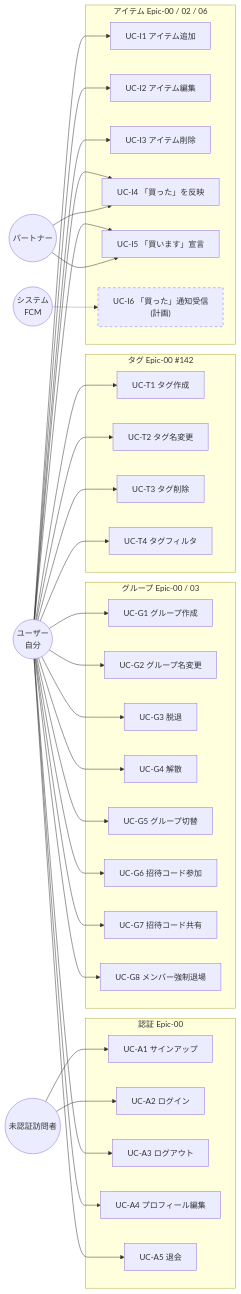
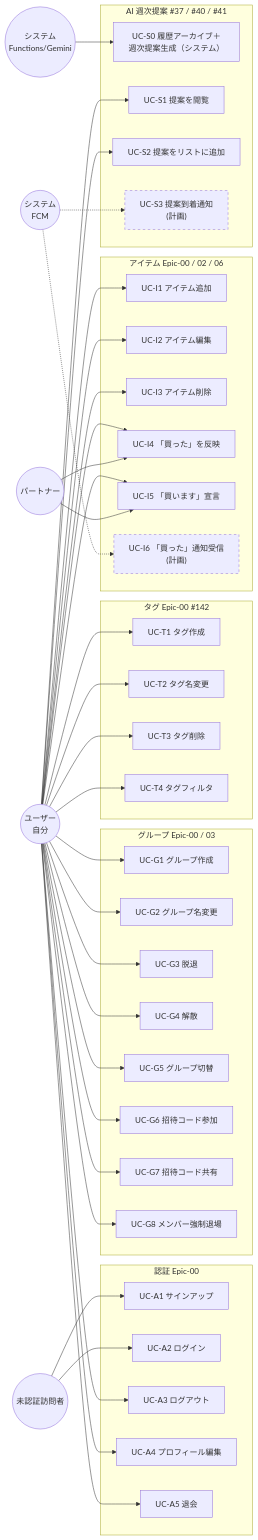
One commit to ekusy/shopping-list-app-flutter changed the diagram in docs/内部設計/ユースケース.md. Above: the diagram before and after it, drawn with Mermaid. The commit also changed other lines of this file and 3 other files, not shown here.

````diff
--- a/docs/内部設計/ユースケース.md
+++ b/docs/内部設計/ユースケース.md
@@ -28,6 +29,7 @@
     Visitor((未認証訪問者))
     User((ユーザー<br/>自分))
     Partner((パートナー))
+    System((システム<br/>Functions/Gemini))
     FCM((システム<br/>FCM))
 
     subgraph Auth[認証 Epic-00]
@@ -65,6 +67,13 @@
         UC_INotify["UC-I6 「買った」通知受信<br/>(計画)"]
     end
 
+    subgraph Suggest[AI 週次提案 #37 / #40 / #41]
+        UC_SGen["UC-S0 履歴アーカイブ＋<br/>週次提案生成（システム）"]
+        UC_SView[UC-S1 提案を閲覧]
+        UC_SAdd[UC-S2 提案をリストに追加]
+        UC_SNotify["UC-S3 提案到着通知<br/>(計画)"]
+    end
+
     Visitor --> UC_Signup
     Visitor --> UC_Login
 
@@ -96,6 +105,12 @@
     Partner --> UC_IBought
     FCM -.-> UC_INotify
 
+    System --> UC_SGen
+    User --> UC_SView
+    User --> UC_SAdd
+    FCM -.-> UC_SNotify
+
     classDef plan stroke-dasharray: 5 5
     class UC_INotify plan
+    class UC_SNotify plan
 ```
````
